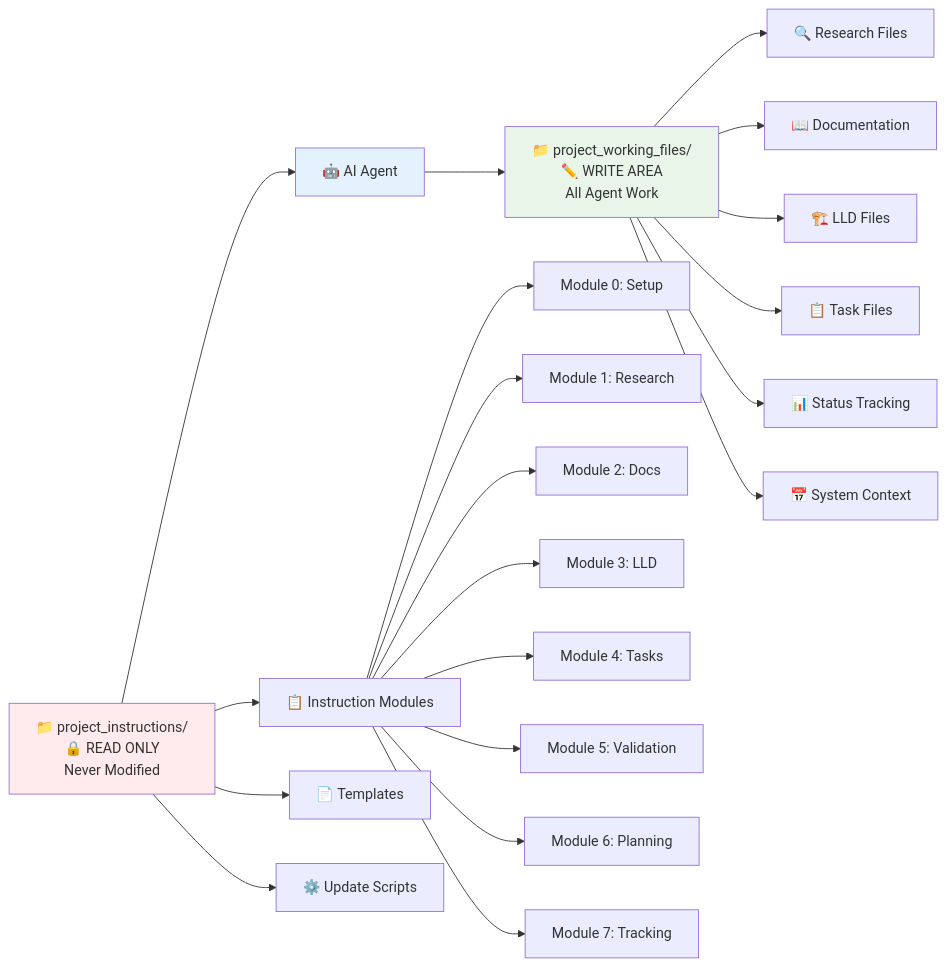
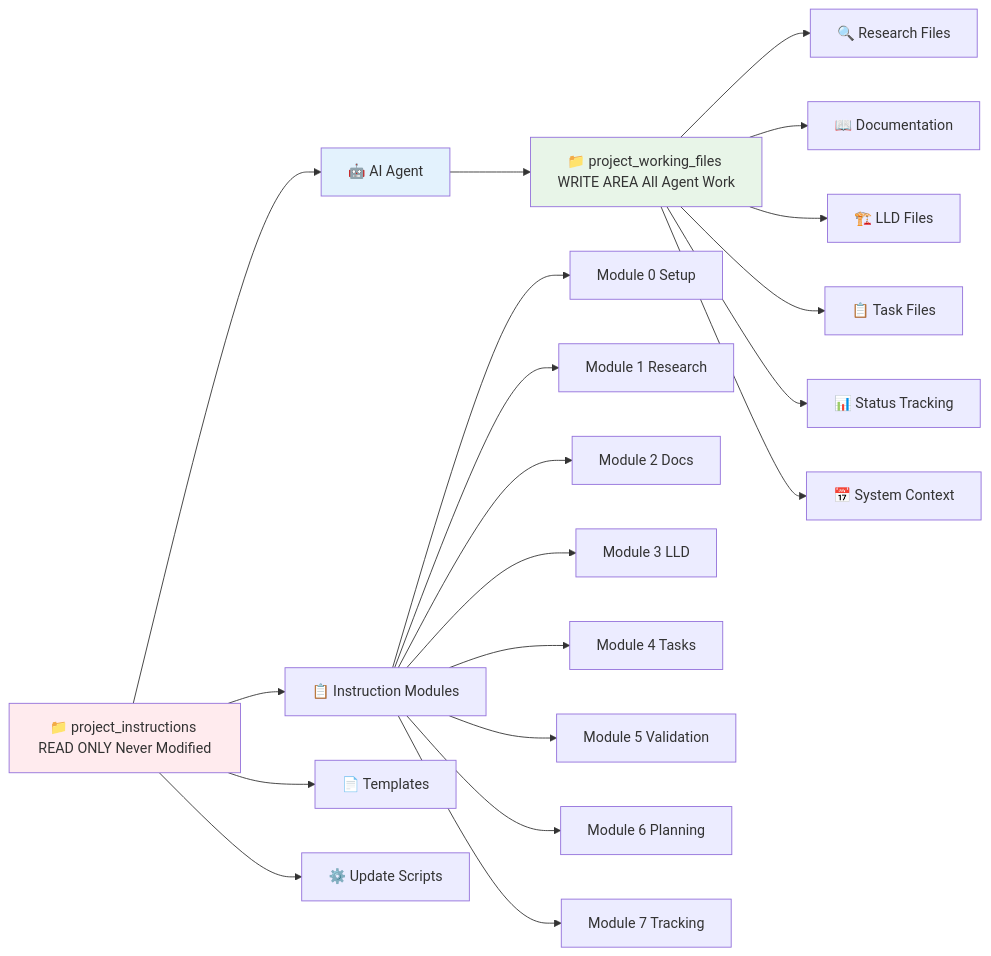
Before and after one commit to PadsterH2012/Instructors: the fifth of 6 diagrams in project_instructions/WORKFLOW_DIAGRAM.md, drawn with Mermaid. The commit also changed other lines of this file, not shown here.

Commit message:
Refactor workflow diagrams for clarity and consistency in project instruction system

````diff
--- a/project_instructions/WORKFLOW_DIAGRAM.md
+++ b/project_instructions/WORKFLOW_DIAGRAM.md
@@ -174,30 +174,30 @@
 ```mermaid
 flowchart LR
-    Instructions[📁 project_instructions/<br/>🔒 READ ONLY<br/>Never Modified] --> Agent[🤖 AI Agent]
-    
-    Agent --> Working[📁 project_working_files/<br/>✏️ WRITE AREA<br/>All Agent Work]
-    
+    Instructions[📁 project_instructions READ ONLY Never Modified] --> Agent[🤖 AI Agent]
+
+    Agent --> Working[📁 project_working_files WRITE AREA All Agent Work]
+
     Instructions --> Modules[📋 Instruction Modules]
     Instructions --> Templates[📄 Templates]
     Instructions --> Scripts[⚙️ Update Scripts]
-    
+
     Working --> Research[🔍 Research Files]
     Working --> Docs[📖 Documentation]
     Working --> Design[🏗️ LLD Files]
     Working --> Tasks[📋 Task Files]
     Working --> Status[📊 Status Tracking]
     Working --> System[📅 System Context]
-    
-    Modules --> M0[Module 0: Setup]
-    Modules --> M1[Module 1: Research]
-    Modules --> M2[Module 2: Docs]
-    Modules --> M3[Module 3: LLD]
-    Modules --> M4[Module 4: Tasks]
-    Modules --> M5[Module 5: Validation]
-    Modules --> M6[Module 6: Planning]
-    Modules --> M7[Module 7: Tracking]
-    
+
+    Modules --> M0[Module 0 Setup]
+    Modules --> M1[Module 1 Research]
+    Modules --> M2[Module 2 Docs]
+    Modules --> M3[Module 3 LLD]
+    Modules --> M4[Module 4 Tasks]
+    Modules --> M5[Module 5 Validation]
+    Modules --> M6[Module 6 Planning]
+    Modules --> M7[Module 7 Tracking]
+
     style Instructions fill:#ffebee
     style Working fill:#e8f5e8
     style Agent fill:#e3f2fd
 ```
````
